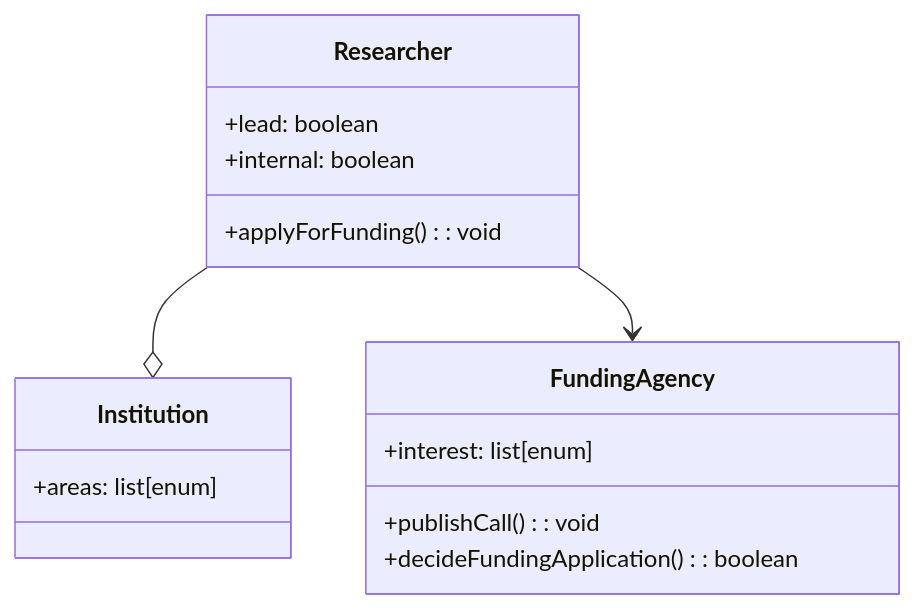
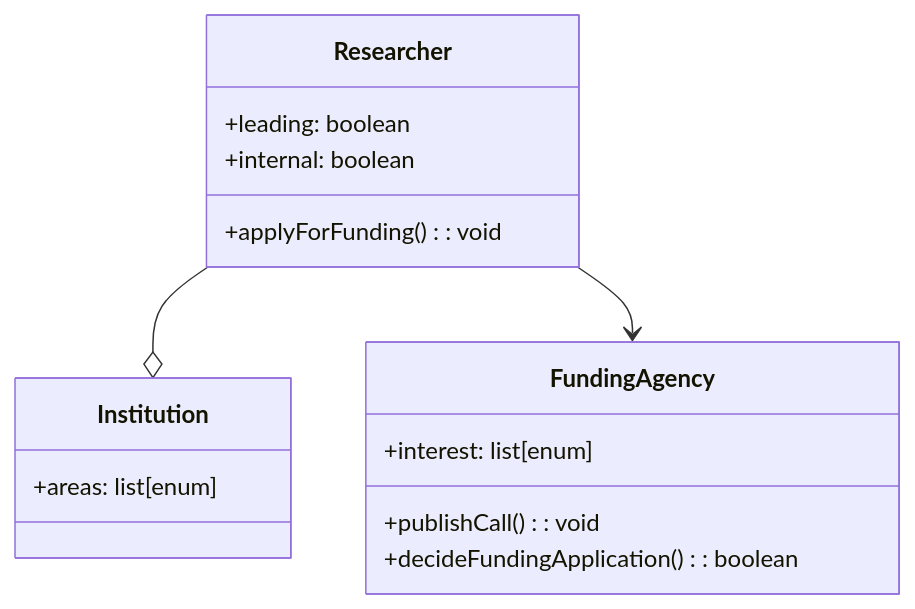
One commit to JulianFrattini/capability-matrix changed the diagram in docs/context-specification.md. Above: the diagram before and after it, drawn with Mermaid. The commit also changed other lines of this file, not shown here.

````diff
--- a/docs/context-specification.md
+++ b/docs/context-specification.md
@@ -23,21 +22,21 @@
 ```mermaid
 classDiagram
     class Researcher {
-        +lead: boolean
+        +leading: boolean
         +internal: boolean
         +applyForFunding(): void
     }
 
     class Institution {
         +areas: list[enum]
     }
 
     class FundingAgency {
         +interest: list[enum]
         +publishCall(): void
         +decideFundingApplication(): boolean
     }
 
     Researcher --o Institution
     Researcher --> FundingAgency
 ```
````
